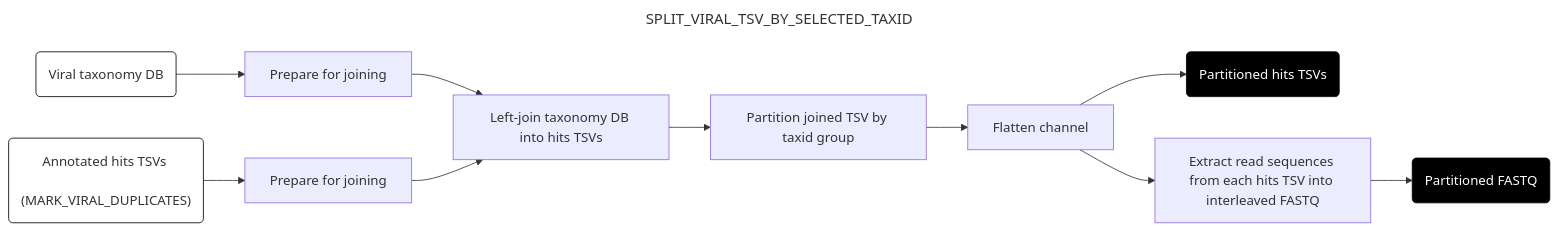
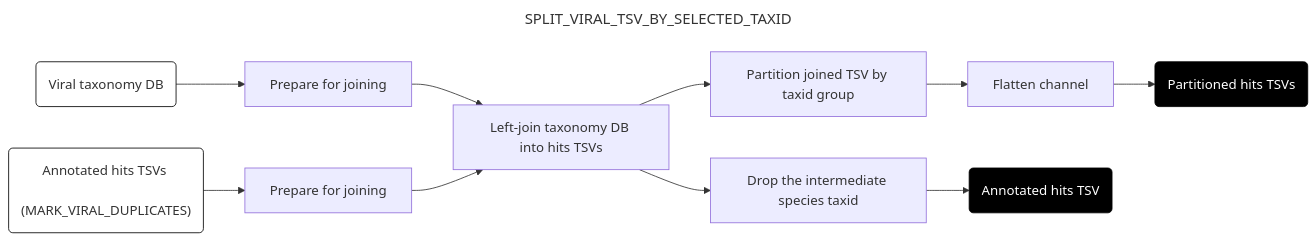
Before and after one commit to securebio/nao-mgs-workflow: the sixth of 10 diagrams in docs/downstream.md, drawn with Mermaid. The commit also changed other lines of this file and 32 other files, not shown here.

````diff
--- a/docs/downstream.md
+++ b/docs/downstream.md
@@ -360,21 +360,21 @@
 ```mermaid
 ---
 title: SPLIT_VIRAL_TSV_BY_SELECTED_TAXID
 config:
   layout: horizontal
 ---
 flowchart LR
 A("Viral taxonomy DB") --> B[Prepare for joining]
 C("Annotated hits TSVs <br> (MARK_VIRAL_DUPLICATES)") --> D[Prepare for joining]
 B --> E[Left-join taxonomy DB into hits TSVs]
 D --> E
 E --> F[Partition joined TSV by taxid group]
 F --> G[Flatten channel]
+E --> K[Drop the intermediate species taxid]
+K --> L(Annotated hits TSV)
 G --> H(Partitioned hits TSVs)
-G --> I[Extract read sequences from each hits TSV into interleaved FASTQ]
-I --> J(Partitioned FASTQ)
 style A fill:#fff,stroke:#000
 style C fill:#fff,stroke:#000
 style H fill:#000,color:#fff,stroke:#000
-style J fill:#000,color:#fff,stroke:#000
+style L fill:#000,color:#fff,stroke:#000
 ```
````
